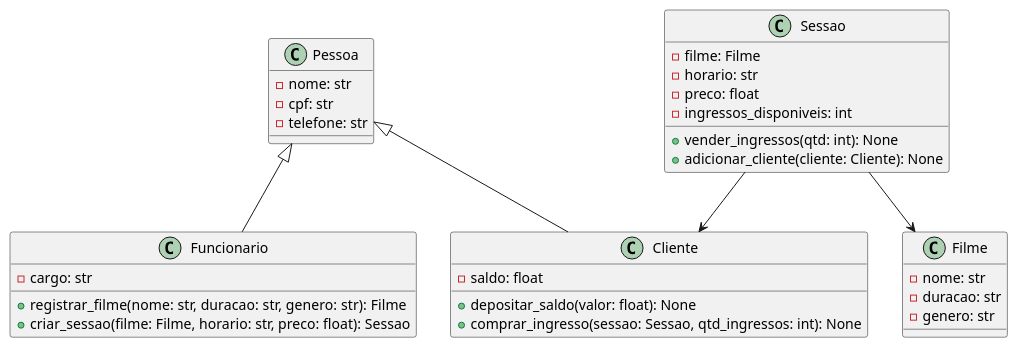
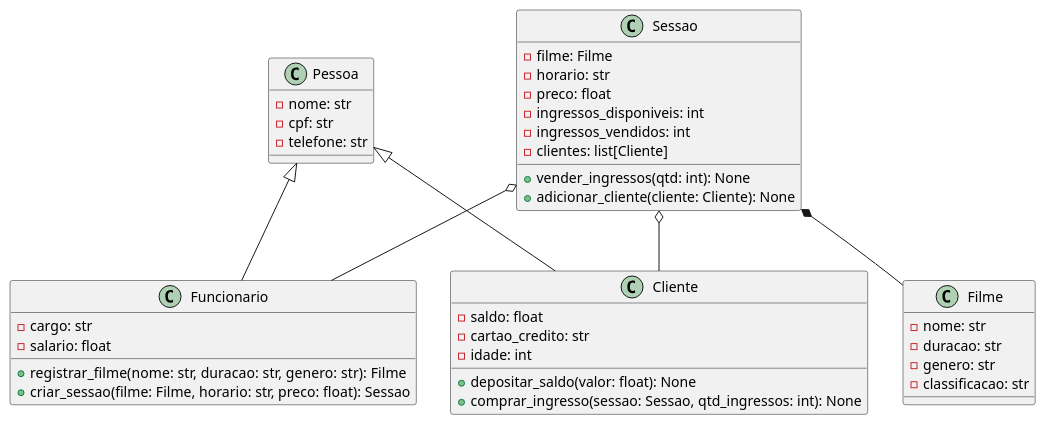
One commit to anleaes/2023-1-N1-POO-06 changed the diagram in teste.plantUML. Above: the diagram before and after it, drawn with PlantUML.

Commit message:
Versão 3

```diff
--- a/teste.plantUML
+++ b/teste.plantUML
@@ -1,40 +1,48 @@
 @startuml
 class Pessoa {
     -nome: str
     -cpf: str
     -telefone: str
 }
 
 class Cliente {
     -saldo: float
+    -cartao_credito: str
+    -idade: int
     +depositar_saldo(valor: float): None
     +comprar_ingresso(sessao: Sessao, qtd_ingressos: int): None
 }
 
 class Funcionario {
     -cargo: str
+    -salario: float
     +registrar_filme(nome: str, duracao: str, genero: str): Filme
     +criar_sessao(filme: Filme, horario: str, preco: float): Sessao
 }
 
 class Filme {
     -nome: str
     -duracao: str
     -genero: str
+    -classificacao: str
 }
 
 class Sessao {
     -filme: Filme
     -horario: str
     -preco: float
     -ingressos_disponiveis: int
+    -ingressos_vendidos: int
+    -clientes: list[Cliente]
     +vender_ingressos(qtd: int): None
     +adicionar_cliente(cliente: Cliente): None
 }
 
 Pessoa <|-- Cliente
 Pessoa <|-- Funcionario
-Sessao --> Filme
-Sessao --> Cliente
+
+Sessao *-- Filme
+Sessao o-- Cliente
+Sessao o-- Funcionario
 
 @enduml
```
